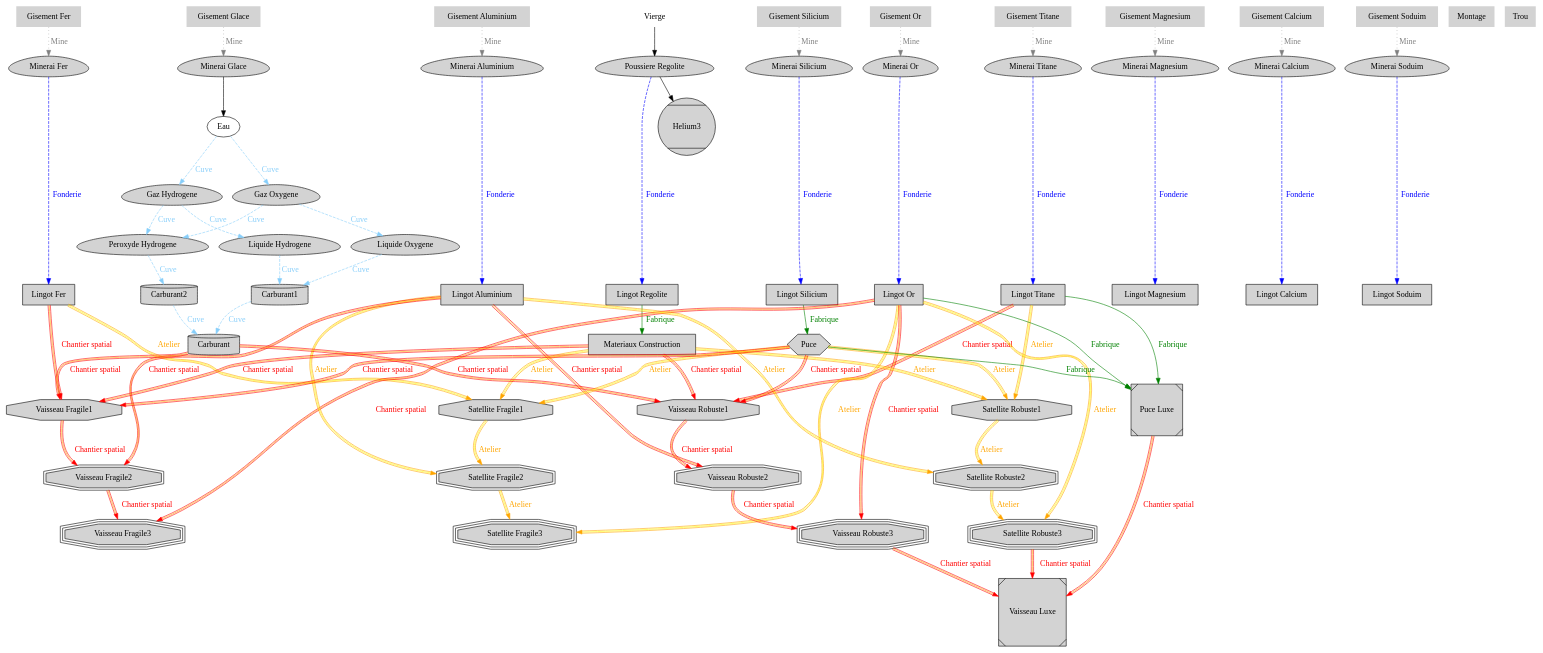
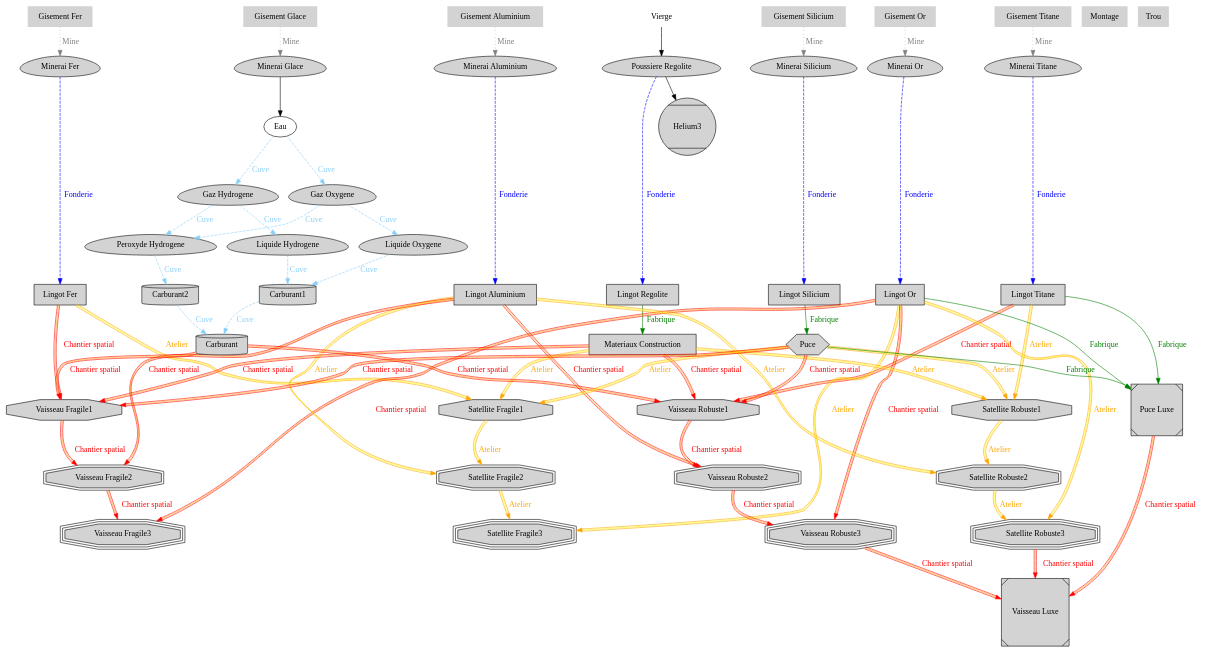
One commit to MATHVDT/LunaireCpp changed the diagram in documentation/graph/graph_ressources.dot. Above: the diagram before and after it, drawn with Graphviz. The commit also changed 12 other files, not shown here.

```diff
--- a/documentation/graph/graph_ressources.dot
+++ b/documentation/graph/graph_ressources.dot
@@ -1,188 +1,188 @@
 digraph {
     randir=TP;
     // Sol
     subgraph SOL{
         rank=same; 
         node [style="filled,solid", color="", shape="plaintext"]
         Vierge [style="solid", color="", label="Vierge"];
         GisementOr [label="Gisement Or"];
         GisementFer [label="Gisement Fer"];
         GisementTitane [label="Gisement Titane"];
         GisementSilicium [label="Gisement Silicium"];
         GisementGlace [label="Gisement Glace"];
         GisementAluminium [label="Gisement Aluminium"];
-        GisementMagnesium [label="Gisement Magnesium"];
-        GisementCalcium [label="Gisement Calcium"];
-        GisementSoduim [label="Gisement Soduim"];
+        // GisementMagnesium [label="Gisement Magnesium"];
+        // GisementCalcium [label="Gisement Calcium"];
+        // GisementSoduim [label="Gisement Soduim"];
         Montage [label="Montage"];
         Trou [label="Trou"];
     }
 
     // Matière Première
     subgraph MATIERE_PREMIERE{
         rank=same; 
         node [style="filled,solid", color="", shape="egg"]
         PoussiereRegolite [label="Poussiere Regolite"];
         MineraiGlace [label="Minerai Glace"];
         MineraiTitane [label="Minerai Titane"];
         MineraiSilicium [label="Minerai Silicium"];
         MineraiFer [label="Minerai Fer"];
         MineraiOr [label="Minerai Or"];
         MineraiAluminium [label="Minerai Aluminium"];
-        MineraiMagnesium [label="Minerai Magnesium"];
-        MineraiCalcium [label="Minerai Calcium"];
-        MineraiSoduim [label="Minerai Soduim"];
+        // MineraiMagnesium [label="Minerai Magnesium"];
+        // MineraiCalcium [label="Minerai Calcium"];
+        // MineraiSoduim [label="Minerai Soduim"];
     }
 
     // Lingot
     subgraph LINGOT{
         rank=same; 
         node [style="filled,solid", color="", shape="rectangle"]
         LingotRegolite  [label="Lingot Regolite"];
         LingotTitane  [label="Lingot Titane"];
         LingotSilicium  [label="Lingot Silicium"];
         LingotFer  [label="Lingot Fer"];
         LingotOr  [label="Lingot Or"];
         LingotAluminium  [label="Lingot Aluminium"];
-        LingotMagnesium  [label="Lingot Magnesium"];
-        LingotCalcium  [label="Lingot Calcium"];
-        LingotSoduim  [label="Lingot Soduim"];
+        // LingotMagnesium  [label="Lingot Magnesium"];
+        // LingotCalcium  [label="Lingot Calcium"];
+        // LingotSoduim  [label="Lingot Soduim"];
     }
 
     Helium3 [style="filled,solid", color="", label="Helium3",shape="Mcircle"];
     MateriauxConstruction  [style="filled,solid", color="", label="Materiaux Construction",shape="rectangle"];
 
     // Gaz
     subgraph GAZ{
         rank=same; 
         node [style="filled,solid", color="", shape="egg"]
         GazOxygene [label="Gaz Oxygene"];
         GazHydrogene [label="Gaz Hydrogene"];
     }
 
     // Liquide
     subgraph LIQUIDE{
         // rank=same; 
         Eau [label="Eau"];     
         node [style="filled,solid", color="", shape="egg"]
         LiquideHydrogene [label="Liquide Hydrogene"];
         LiquideOxygene [label="Liquide Oxygene"];
         PeroxydeHydrogene [label="Peroxyde Hydrogene"];
     }
 
     // Carburant
     subgraph CARBURANT{
         // rank=same; 
         node [style="filled,solid", color="", shape="cylinder"]
         Carburant  [label="Carburant"];
         Carburant1  [label="Carburant1"];
         Carburant2  [label="Carburant2"];
     }
 
     // Craft
     Puce [style="filled,solid", color="", label="Puce",shape="hexagon"];
     // Niveau 1
     subgraph CRAFT1{
         // rank=same; 
         node [style="filled,solid", color="", shape="octagon"]
         SatelliteFragile1 [label="Satellite Fragile1"];
         SatelliteRobuste1 [label="Satellite Robuste1"];
         VaisseauFragile1 [label="Vaisseau Fragile1"];
         VaisseauRobuste1 [label="Vaisseau Robuste1"];
     }
     // Niveau 2
     subgraph CRAFT2{
         // rank=same; 
         node [style="filled,solid", color="", shape="doubleoctagon"]
         SatelliteFragile2 [label="Satellite Fragile2"];
         SatelliteRobuste2 [label="Satellite Robuste2"];
         VaisseauFragile2 [label="Vaisseau Fragile2"];
         VaisseauRobuste2 [label="Vaisseau Robuste2"];
     }
     // Niveau 3
     subgraph CRAFT3{
         // rank=same; 
         node [style="filled,solid", color="", shape="tripleoctagon"]
         SatelliteFragile3 [label="Satellite Fragile3"];
         SatelliteRobuste3 [label="Satellite Robuste3"];
         VaisseauFragile3 [label="Vaisseau Fragile3"];
         VaisseauRobuste3 [label="Vaisseau Robuste3"];
     }
     // Luxe
     subgraph LUX{
         node [style="filled,solid", color="", shape="Msquare"]
         PuceLuxe [label="Puce Luxe"];
         VaisseauLuxe [label="Vaisseau Luxe"];
     }
 
 
 /**********************************************************************************/
 
 /*********************************Connexion****************************************/
     Vierge -> PoussiereRegolite
     GisementOr -> MineraiOr [label="Mine", fontcolor="grey", color="grey", style="dotted"]
     GisementFer -> MineraiFer [label="Mine", fontcolor="grey", color="grey", style="dotted"]
     GisementTitane -> MineraiTitane [label="Mine", fontcolor="grey", color="grey", style="dotted"]
     GisementSilicium -> MineraiSilicium [label="Mine", fontcolor="grey", color="grey", style="dotted"]
     GisementAluminium -> MineraiAluminium [label="Mine", fontcolor="grey", color="grey", style="dotted"]
-    GisementMagnesium -> MineraiMagnesium [label="Mine", fontcolor="grey", color="grey", style="dotted"]
-    GisementCalcium -> MineraiCalcium [label="Mine", fontcolor="grey", color="grey", style="dotted"]
-    GisementSoduim -> MineraiSoduim [label="Mine", fontcolor="grey", color="grey", style="dotted"]
+    // GisementMagnesium -> MineraiMagnesium [label="Mine", fontcolor="grey", color="grey", style="dotted"]
+    // GisementCalcium -> MineraiCalcium [label="Mine", fontcolor="grey", color="grey", style="dotted"]
+    // GisementSoduim -> MineraiSoduim [label="Mine", fontcolor="grey", color="grey", style="dotted"]
     GisementGlace -> MineraiGlace [label="Mine", fontcolor="grey", color="grey", style="dotted"]
 
     PoussiereRegolite -> LingotRegolite [label="Fonderie", fontcolor="blue", color="blue", style="dashed"]
     PoussiereRegolite -> Helium3
     MineraiTitane -> LingotTitane [label="Fonderie", fontcolor="blue", color="blue", style="dashed"]
     MineraiSilicium -> LingotSilicium [label="Fonderie", fontcolor="blue", color="blue", style="dashed"]
     MineraiFer -> LingotFer [label="Fonderie", fontcolor="blue", color="blue", style="dashed"]
     MineraiOr -> LingotOr [label="Fonderie", fontcolor="blue", color="blue", style="dashed"]
     MineraiAluminium -> LingotAluminium [label="Fonderie", fontcolor="blue", color="blue", style="dashed"]
-    MineraiMagnesium -> LingotMagnesium [label="Fonderie", fontcolor="blue", color="blue", style="dashed"]
-    MineraiCalcium -> LingotCalcium [label="Fonderie", fontcolor="blue", color="blue", style="dashed"]
-    MineraiSoduim -> LingotSoduim [label="Fonderie", fontcolor="blue", color="blue", style="dashed"]
+    // MineraiMagnesium -> LingotMagnesium [label="Fonderie", fontcolor="blue", color="blue", style="dashed"]
+    // MineraiCalcium -> LingotCalcium [label="Fonderie", fontcolor="blue", color="blue", style="dashed"]
+    // MineraiSoduim -> LingotSoduim [label="Fonderie", fontcolor="blue", color="blue", style="dashed"]
 
     MineraiGlace -> Eau
     Eau -> GazHydrogene [label="Cuve", fontcolor="lightskyblue", color="lightskyblue", style="dashed"]
     Eau -> GazOxygene [label="Cuve", fontcolor="lightskyblue", color="lightskyblue", style="dashed"]
     GazHydrogene -> LiquideHydrogene [label="Cuve", fontcolor="lightskyblue", color="lightskyblue", style="dashed"]
     GazOxygene -> LiquideOxygene [label="Cuve", fontcolor="lightskyblue", color="lightskyblue", style="dashed"]
 
     GazHydrogene, GazOxygene -> PeroxydeHydrogene [label="Cuve", fontcolor="lightskyblue", color="lightskyblue", style="dashed"]
 
     LiquideHydrogene, LiquideOxygene -> Carburant1 [label="Cuve", fontcolor="lightskyblue", color="lightskyblue", style="dashed"]
     PeroxydeHydrogene -> Carburant2 [label="Cuve", fontcolor="lightskyblue", color="lightskyblue", style="dashed"]
 
     Carburant1 -> Carburant [label="Cuve", fontcolor="lightskyblue", color="lightskyblue", style="dashed"]
     Carburant2 -> Carburant [label="Cuve", fontcolor="lightskyblue", color="lightskyblue", style="dashed"]
 
     // pour aligner les suites de craft
     Puce -> PuceLuxe [style="invis", constraint=false]
     SatelliteFragile1 -> SatelliteFragile2 -> SatelliteFragile3 [style="invis"]
     SatelliteRobuste1 -> SatelliteRobuste2 -> SatelliteRobuste3 [style="invis"]
     VaisseauRobuste1 -> VaisseauRobuste2 -> VaisseauRobuste3 [style="invis"]
     VaisseauFragile1 -> VaisseauFragile2 -> VaisseauFragile3 [style="invis"]
 
     LingotRegolite -> MateriauxConstruction [label="Fabrique", fontcolor="green", color="green", style="solid"]
     LingotSilicium -> Puce [label="Fabrique", fontcolor="green", color="green", style="solid"]
     Puce, LingotTitane, LingotOr -> PuceLuxe [label="Fabrique", fontcolor="green", color="green", style="solid"]
 
     MateriauxConstruction, LingotFer, Puce -> SatelliteFragile1 [label="Atelier", fontcolor="orange", color="orange:yellow:orange", style="solid"]
     SatelliteFragile1, LingotAluminium -> SatelliteFragile2 [label="Atelier", fontcolor="orange", color="orange:yellow:orange", style="solid"]
     SatelliteFragile2, LingotOr -> SatelliteFragile3 [label="Atelier", fontcolor="orange", color="orange:yellow:orange", style="solid"]
 
 
     MateriauxConstruction, LingotTitane, Puce -> SatelliteRobuste1 [label="Atelier", fontcolor="orange", color="orange:yellow:orange", style="solid"]
     SatelliteRobuste1, LingotAluminium -> SatelliteRobuste2 [label="Atelier", fontcolor="orange", color="orange:yellow:orange", style="solid"]
     SatelliteRobuste2, LingotOr -> SatelliteRobuste3 [label="Atelier", fontcolor="orange", color="orange:yellow:orange", style="solid"]
 
     Carburant, MateriauxConstruction, LingotFer, Puce -> VaisseauFragile1 [label="Chantier spatial", fontcolor="red", color="red:orange:red", style="solid"]
     VaisseauFragile1, LingotAluminium -> VaisseauFragile2 [label="Chantier spatial", fontcolor="red", color="red:orange:red", style="solid"]
     VaisseauFragile2, LingotOr -> VaisseauFragile3 [label="Chantier spatial", fontcolor="red", color="red:orange:red", style="solid"]
 
     Carburant, MateriauxConstruction, LingotTitane, Puce -> VaisseauRobuste1 [label="Chantier spatial", fontcolor="red", color="red:orange:red", style="solid"]
     VaisseauRobuste1, LingotAluminium -> VaisseauRobuste2 [label="Chantier spatial", fontcolor="red", color="red:orange:red", style="solid"]
     VaisseauRobuste2, LingotOr -> VaisseauRobuste3 [label="Chantier spatial", fontcolor="red", color="red:orange:red", style="solid"]
 
     VaisseauRobuste3, SatelliteRobuste3, PuceLuxe -> VaisseauLuxe [label="Chantier spatial", fontcolor="red", color="red:orange:red", style="solid"]
 
 }
```
